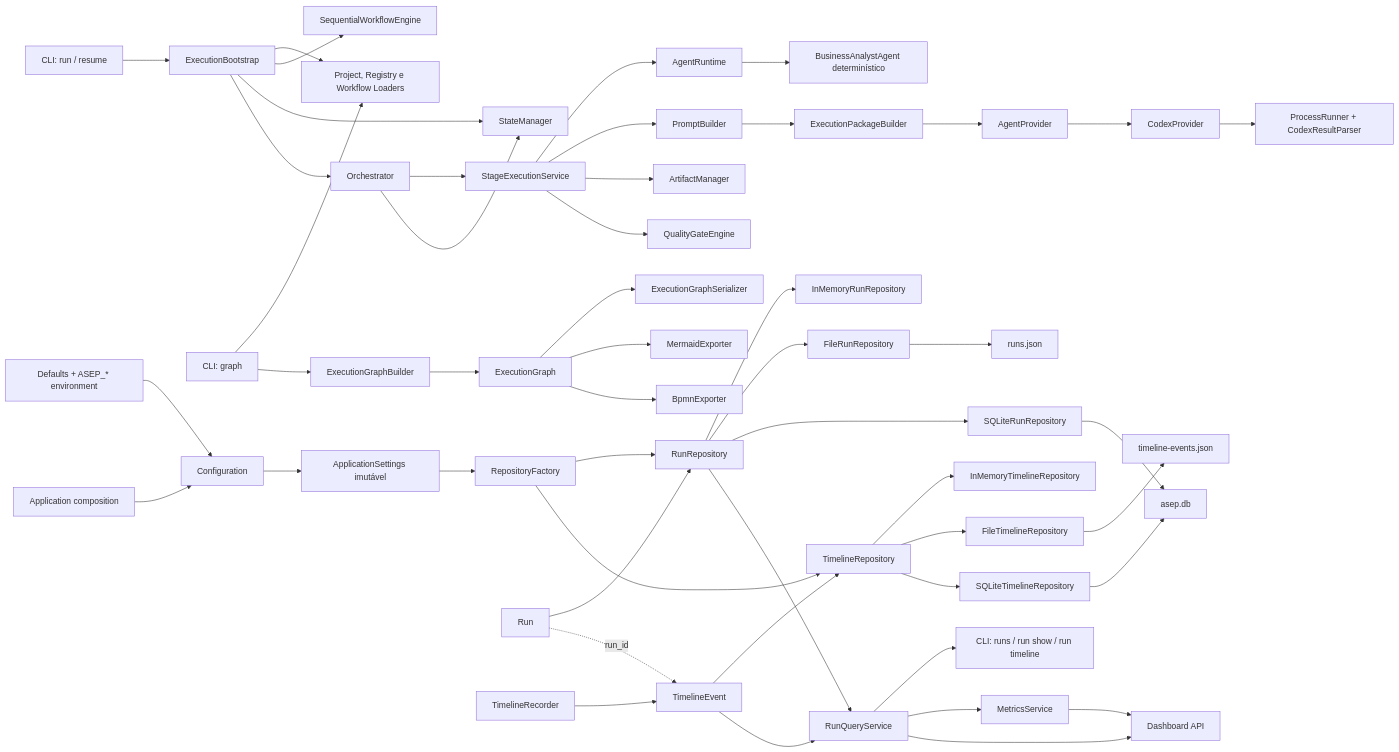
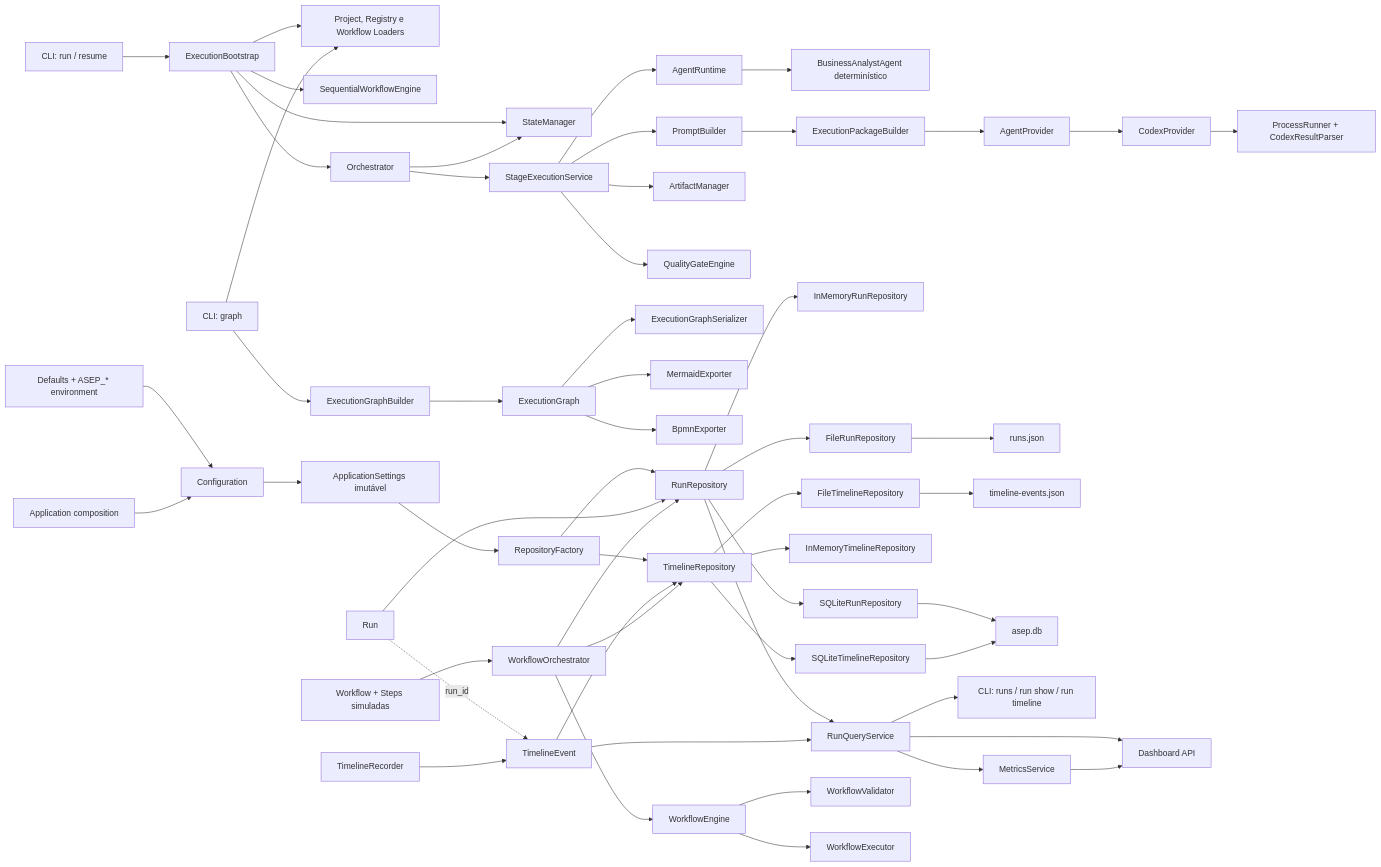
The first of 2 diagrams in docs/architecture/ASEP-Architecture-v1.md (paul-92/fabrica-de-software), drawn with Mermaid before and after one commit. The commit also changed other lines of this file and 49 other files, not shown here.

````diff
--- a/docs/architecture/ASEP-Architecture-v1.md
+++ b/docs/architecture/ASEP-Architecture-v1.md
@@ -36,52 +36,58 @@
 ```mermaid
 flowchart LR
     CLI["CLI: run / resume"] --> BOOT["ExecutionBootstrap"]
     BOOT --> LOADERS["Project, Registry e Workflow Loaders"]
     BOOT --> ENGINE["SequentialWorkflowEngine"]
     BOOT --> STATE["StateManager"]
     BOOT --> ORCH["Orchestrator"]
     ORCH --> STAGE["StageExecutionService"]
     STAGE --> RUNTIME["AgentRuntime"]
     RUNTIME --> BA["BusinessAnalystAgent determinístico"]
     STAGE --> PROMPT["PromptBuilder"]
     PROMPT --> PACKAGE["ExecutionPackageBuilder"]
     PACKAGE --> PORT["AgentProvider"]
     PORT --> CODEX["CodexProvider"]
     CODEX --> PROCESS["ProcessRunner + CodexResultParser"]
     STAGE --> ARTIFACT["ArtifactManager"]
     STAGE --> GATE["QualityGateEngine"]
     ORCH --> STATE
 
     GRAPHCLI["CLI: graph"] --> LOADERS
     GRAPHCLI --> GB["ExecutionGraphBuilder"]
     GB --> GRAPH["ExecutionGraph"]
     GRAPH --> JSON["ExecutionGraphSerializer"]
     GRAPH --> MERMAID["MermaidExporter"]
     GRAPH --> BPMN["BpmnExporter"]
     ENV["Defaults + ASEP_* environment"] --> CONFIG["Configuration"]
     CONFIG --> SETTINGS["ApplicationSettings imutável"]
     APPLICATION["Application composition"] --> CONFIG
     SETTINGS --> REPOFACTORY["RepositoryFactory"]
     REPOFACTORY --> RUNREPO["RunRepository"]
     REPOFACTORY --> TIMELINEREPO["TimelineRepository"]
     RUNMODEL["Run"] --> RUNREPO
     RUNREPO --> MEMORY["InMemoryRunRepository"]
     RUNREPO --> FILERUN["FileRunRepository"]
     RUNREPO --> SQLITERUN["SQLiteRunRepository"]
     FILERUN --> RUNJSON["runs.json"]
     RUNMODEL -. run_id .-> TIMELINE["TimelineEvent"]
     RECORDER["TimelineRecorder"] --> TIMELINE
     TIMELINE --> TIMELINEREPO
     TIMELINEREPO --> MEMORYTIMELINE["InMemoryTimelineRepository"]
     TIMELINEREPO --> FILETIMELINE["FileTimelineRepository"]
     TIMELINEREPO --> SQLITETIMELINE["SQLiteTimelineRepository"]
     FILETIMELINE --> TIMELINEJSON["timeline-events.json"]
     SQLITERUN --> SQLITEDB["asep.db"]
     SQLITETIMELINE --> SQLITEDB
     RUNREPO --> QUERY["RunQueryService"]
     TIMELINE --> QUERY
     QUERY --> HISTORY["CLI: runs / run show / run timeline"]
     QUERY --> METRICS["MetricsService"]
     QUERY --> DASHAPI["Dashboard API"]
     METRICS --> DASHAPI
+    GENERICWF["Workflow + Steps simuladas"] --> WFORCH["WorkflowOrchestrator"]
+    WFORCH --> WFENGINE["WorkflowEngine"]
+    WFENGINE --> WFVALIDATOR["WorkflowValidator"]
+    WFENGINE --> WFEXECUTOR["WorkflowExecutor"]
+    WFORCH --> RUNREPO
+    WFORCH --> TIMELINEREPO
 ```
````
